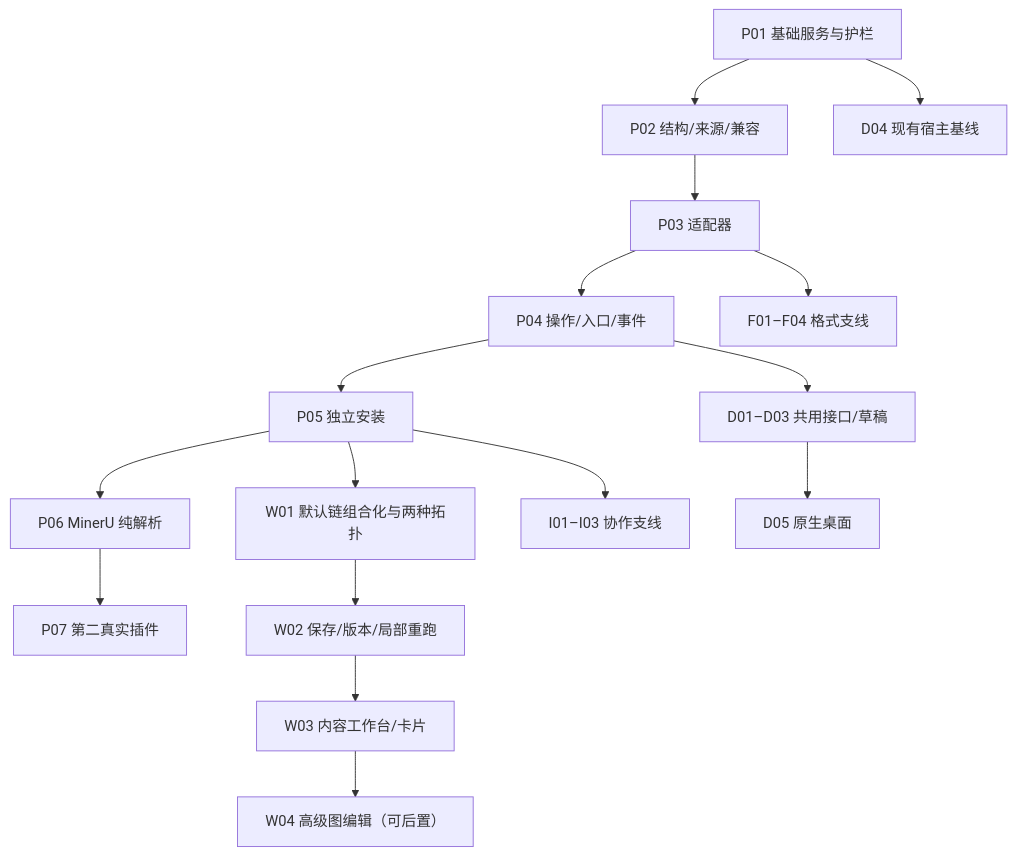
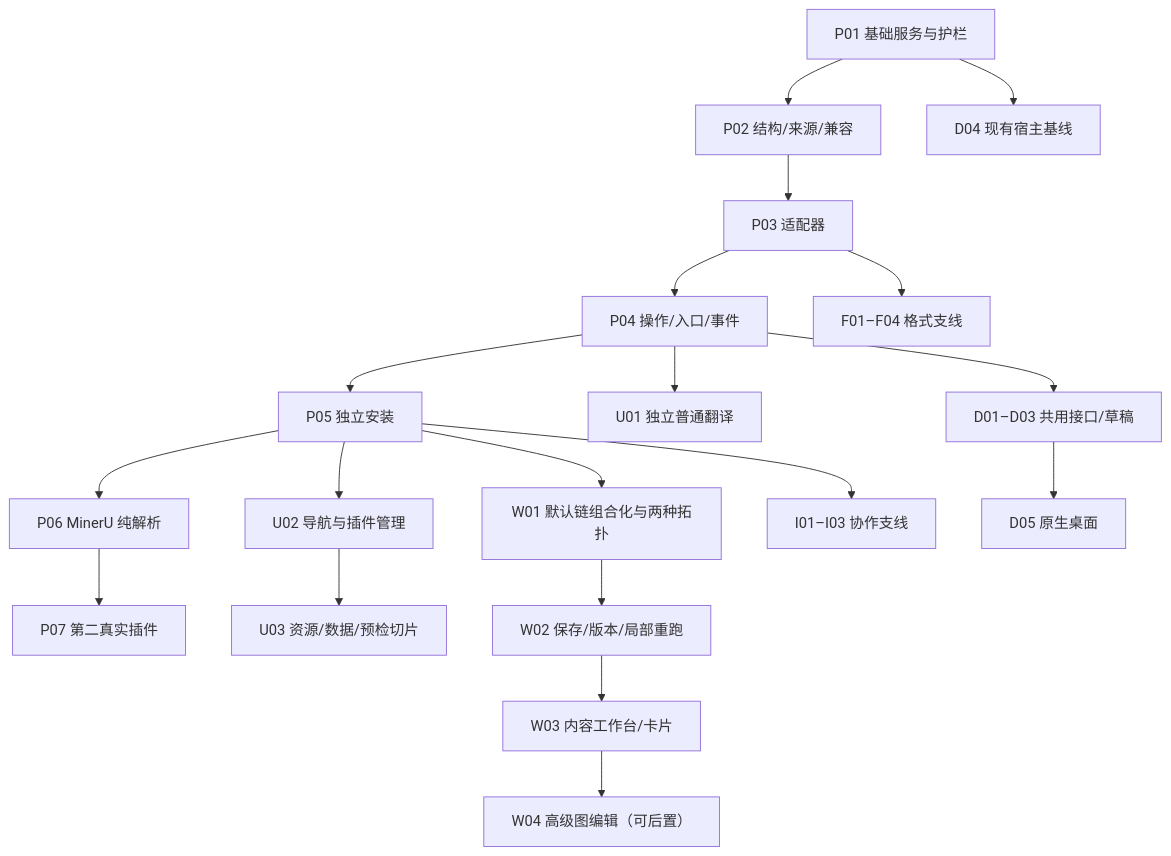
Before and after one commit to KongouAirlines/ivoraige: the diagram in docs/plan/0.1.x/README.md, drawn with Mermaid. The commit also changed other lines of this file and 9 other files, not shown here.

````diff
--- a/docs/plan/0.1.x/README.md
+++ b/docs/plan/0.1.x/README.md
@@ -36,18 +37,21 @@
 ```mermaid
 flowchart TD
   P01["P01 基础服务与护栏"] --> P02["P02 结构/来源/兼容"]
   P02 --> P03["P03 适配器"]
   P03 --> P04["P04 操作/入口/事件"]
   P04 --> P05["P05 独立安装"]
   P05 --> P06["P06 MinerU 纯解析"]
   P06 --> P07["P07 第二真实插件"]
+  P04 --> U01["U01 独立普通翻译"]
+  P05 --> U02["U02 导航与插件管理"]
+  U02 --> U03["U03 资源/数据/预检切片"]
   P05 --> W01["W01 默认链组合化与两种拓扑"]
   W01 --> W02["W02 保存/版本/局部重跑"]
   W02 --> W03["W03 内容工作台/卡片"]
   W03 --> W04["W04 高级图编辑（可后置）"]
   P03 --> Formats["F01–F04 格式支线"]
   P05 --> Integrations["I01–I03 协作支线"]
   P01 --> D04["D04 现有宿主基线"]
   P04 --> Desktop["D01–D03 共用接口/草稿"]
   Desktop --> D05["D05 原生桌面"]
 ```
````
